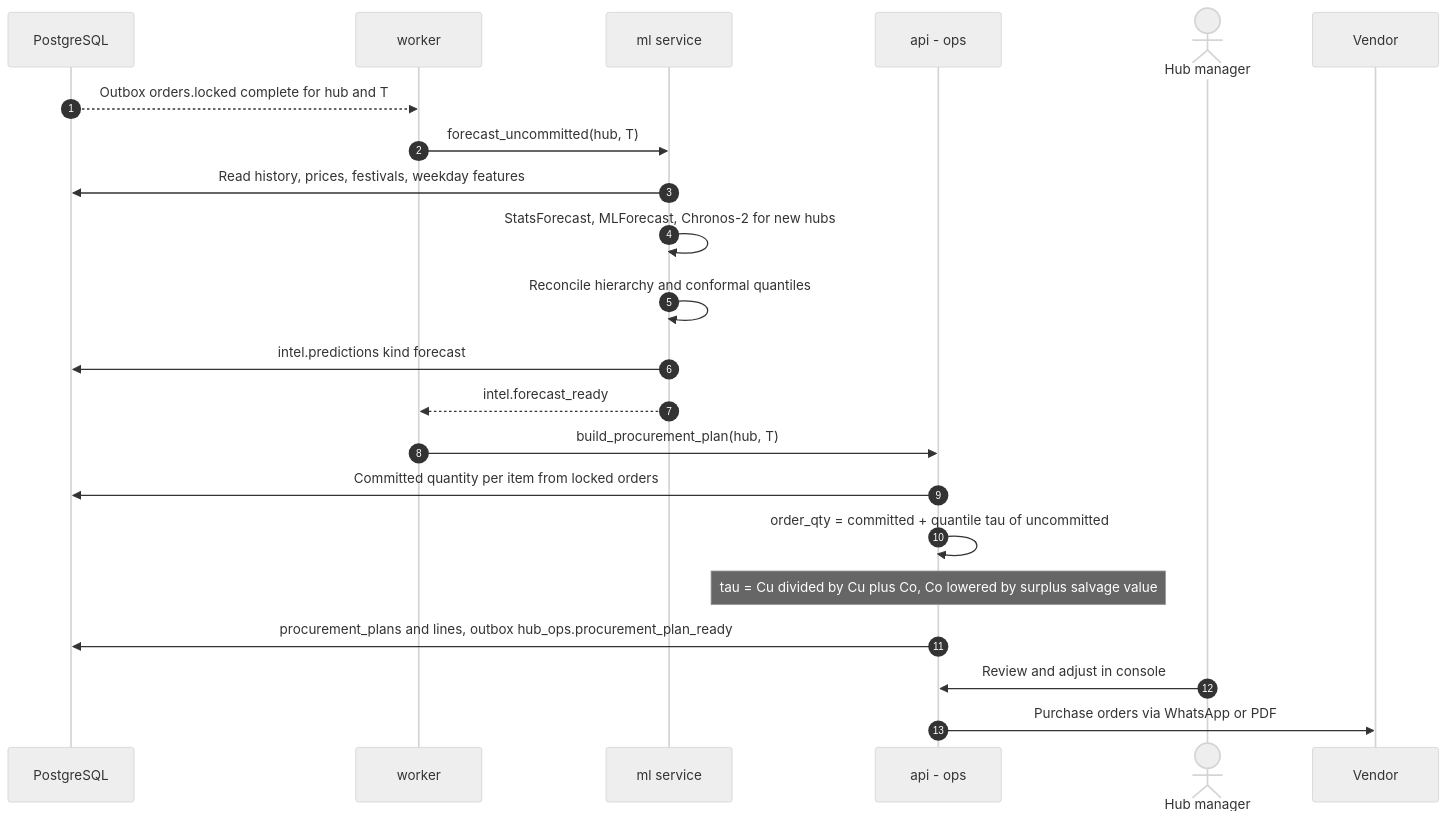
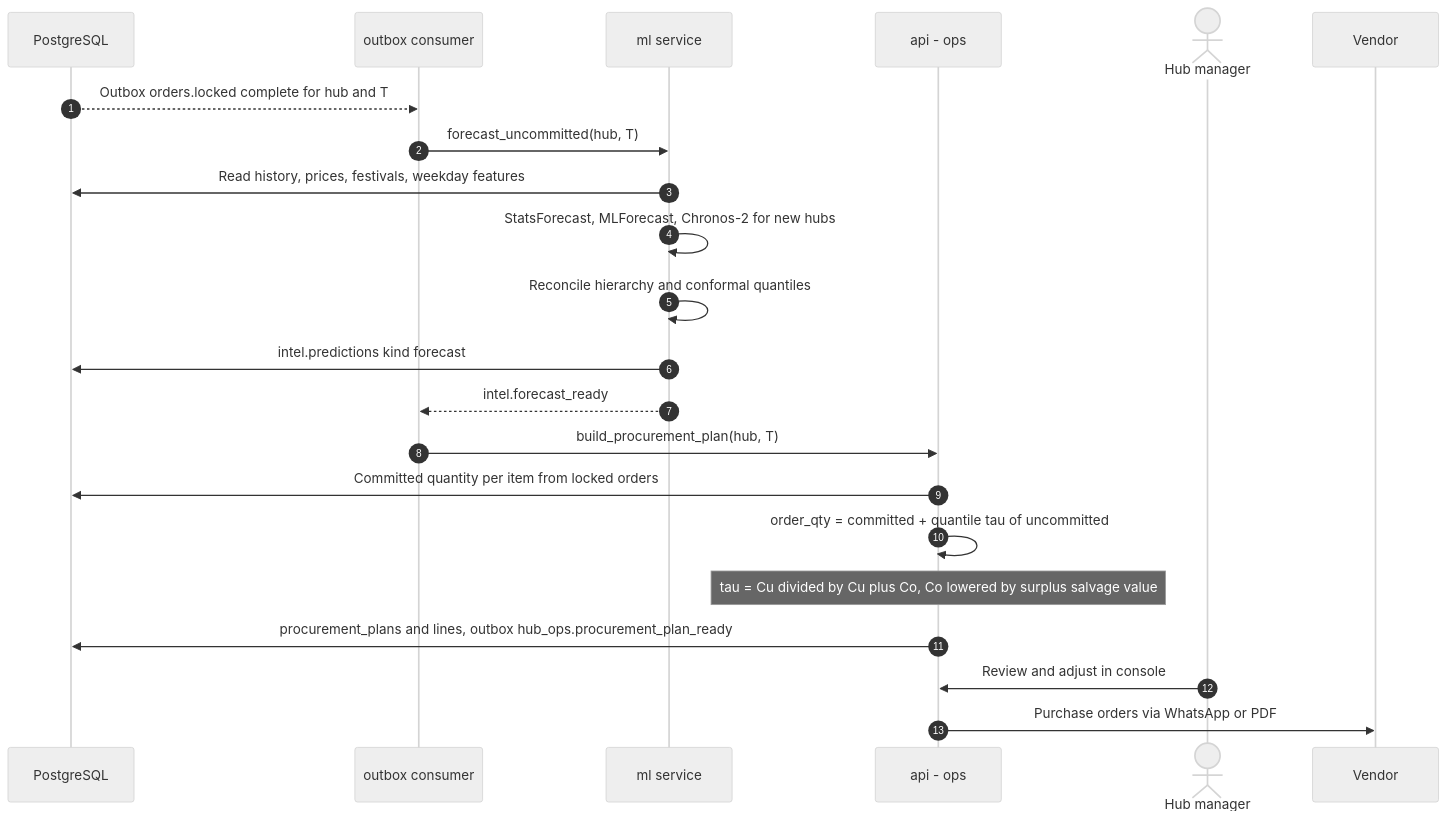
The eighth of 18 diagrams in docs/handbook/07-workflows.md (prelekar7/GharBasket), drawn with Mermaid (neutral theme) before and after one commit. The commit also changed other lines of this file and 58 other files, not shown here.

````diff
--- a/docs/handbook/07-workflows.md
+++ b/docs/handbook/07-workflows.md
@@ -305,24 +308,24 @@
 ```mermaid
 sequenceDiagram
     autonumber
     participant DB as PostgreSQL
-    participant W as worker
+    participant W as outbox consumer
     participant ML as ml service
     participant OPS as api - ops
     actor HM as Hub manager
     participant V as Vendor
     DB-->>W: Outbox orders.locked complete for hub and T
     W->>ML: forecast_uncommitted(hub, T)
     ML->>DB: Read history, prices, festivals, weekday features
     ML->>ML: StatsForecast, MLForecast, Chronos-2 for new hubs
     ML->>ML: Reconcile hierarchy and conformal quantiles
     ML->>DB: intel.predictions kind forecast
     ML-->>W: intel.forecast_ready
     W->>OPS: build_procurement_plan(hub, T)
     OPS->>DB: Committed quantity per item from locked orders
     OPS->>OPS: order_qty = committed + quantile tau of uncommitted
     Note over OPS: tau = Cu divided by Cu plus Co, Co lowered by surplus salvage value
     OPS->>DB: procurement_plans and lines, outbox hub_ops.procurement_plan_ready
     HM->>OPS: Review and adjust in console
     OPS->>V: Purchase orders via WhatsApp or PDF
 ```
````
